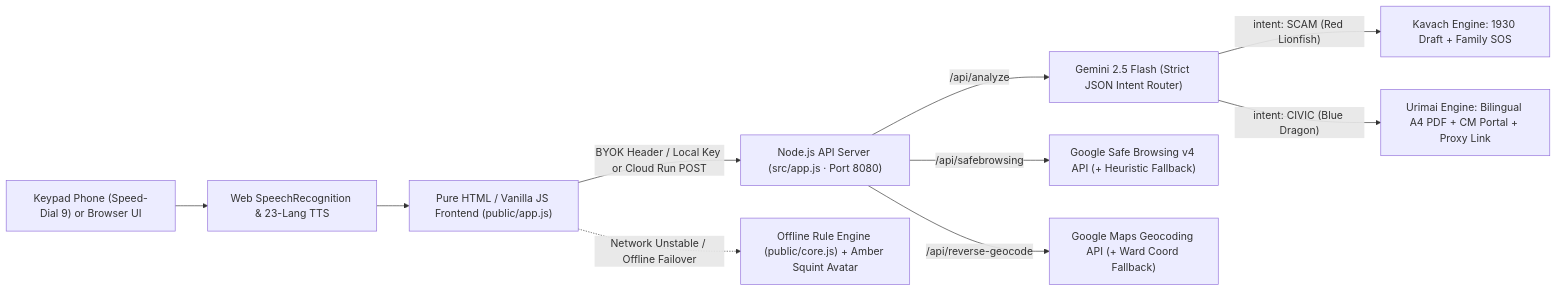
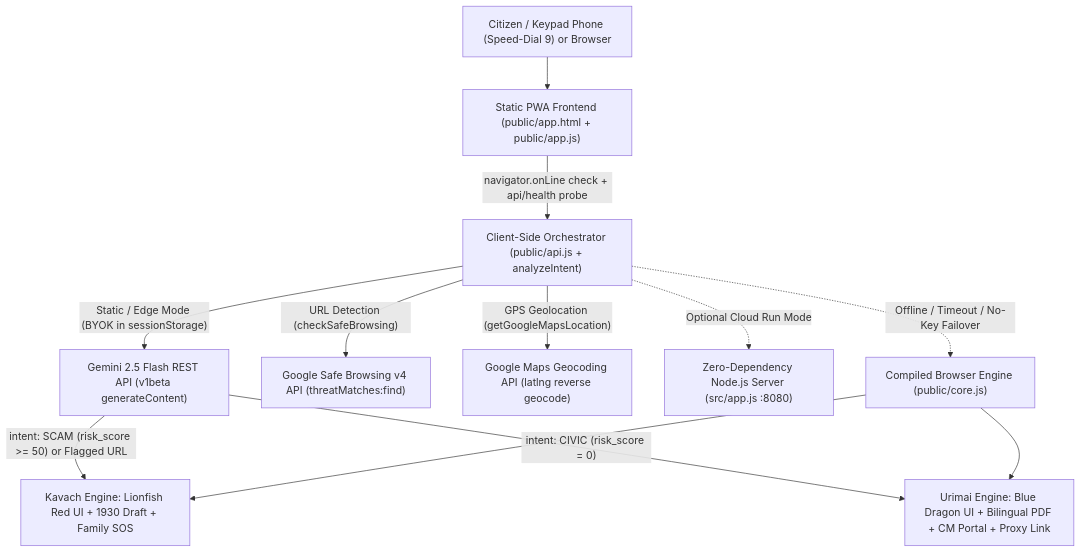
Before and after one commit to G-Jayakiruthika/chat_safe_1: the diagram in README.md, drawn with Mermaid. The commit also changed other lines of this file, not shown here.

````diff
--- a/README.md
+++ b/README.md
@@ -14,12 +27,16 @@
 ```mermaid
-flowchart LR
-  User["Keypad Phone (Speed-Dial 9) or Browser UI"] --> Voice["Web SpeechRecognition & 23-Lang TTS"]
-  Voice --> FE["Pure HTML / Vanilla JS Frontend (public/app.js)"]
-  FE -->|BYOK Header / Local Key or Cloud Run POST| API["Node.js API Server (src/app.js · Port 8080)"]
-  FE -.->|"Network Unstable / Offline Failover"| Core["Offline Rule Engine (public/core.js) + Amber Squint Avatar"]
-  API -->|"/api/analyze"| Gemini["Gemini 2.5 Flash (Strict JSON Intent Router)"]
-  API -->|"/api/safebrowsing"| SB["Google Safe Browsing v4 API (+ Heuristic Fallback)"]
-  API -->|"/api/reverse-geocode"| Maps["Google Maps Geocoding API (+ Ward Coord Fallback)"]
-  Gemini -->|"intent: SCAM (Red Lionfish)"| Kavach["Kavach Engine: 1930 Draft + Family SOS"]
-  Gemini -->|"intent: CIVIC (Blue Dragon)"| Urimai["Urimai Engine: Bilingual A4 PDF + CM Portal + Proxy Link"]
+flowchart TB
+  User["Citizen / Keypad Phone (Speed-Dial 9) or Browser"] --> UI["Static PWA Frontend (public/app.html + public/app.js)"]
+  UI -->|"navigator.onLine check + api/health probe"| Orch["Client-Side Orchestrator (public/api.js + analyzeIntent)"]
+
+  Orch -->|"Static / Edge Mode (BYOK in sessionStorage)"| GeminiDirect["Gemini 2.5 Flash REST API (v1beta generateContent)"]
+  Orch -->|"URL Detection (checkSafeBrowsing)"| SBDirect["Google Safe Browsing v4 API (threatMatches:find)"]
+  Orch -->|"GPS Geolocation (getGoogleMapsLocation)"| MapsDirect["Google Maps Geocoding API (latlng reverse geocode)"]
+  Orch -.->|"Optional Cloud Run Mode"| NodeAPI["Zero-Dependency Node.js Server (src/app.js :8080)"]
+  Orch -.->|"Offline / Timeout / No-Key Failover"| CoreJS["Compiled Browser Engine (public/core.js)"]
+
+  GeminiDirect -->|"intent: SCAM (risk_score >= 50) or Flagged URL"| Kavach["Kavach Engine: Lionfish Red UI + 1930 Draft + Family SOS"]
+  GeminiDirect -->|"intent: CIVIC (risk_score = 0)"| Urimai["Urimai Engine: Blue Dragon UI + Bilingual PDF + CM Portal + Proxy Link"]
+  CoreJS --> Kavach
+  CoreJS --> Urimai
 ```
````
